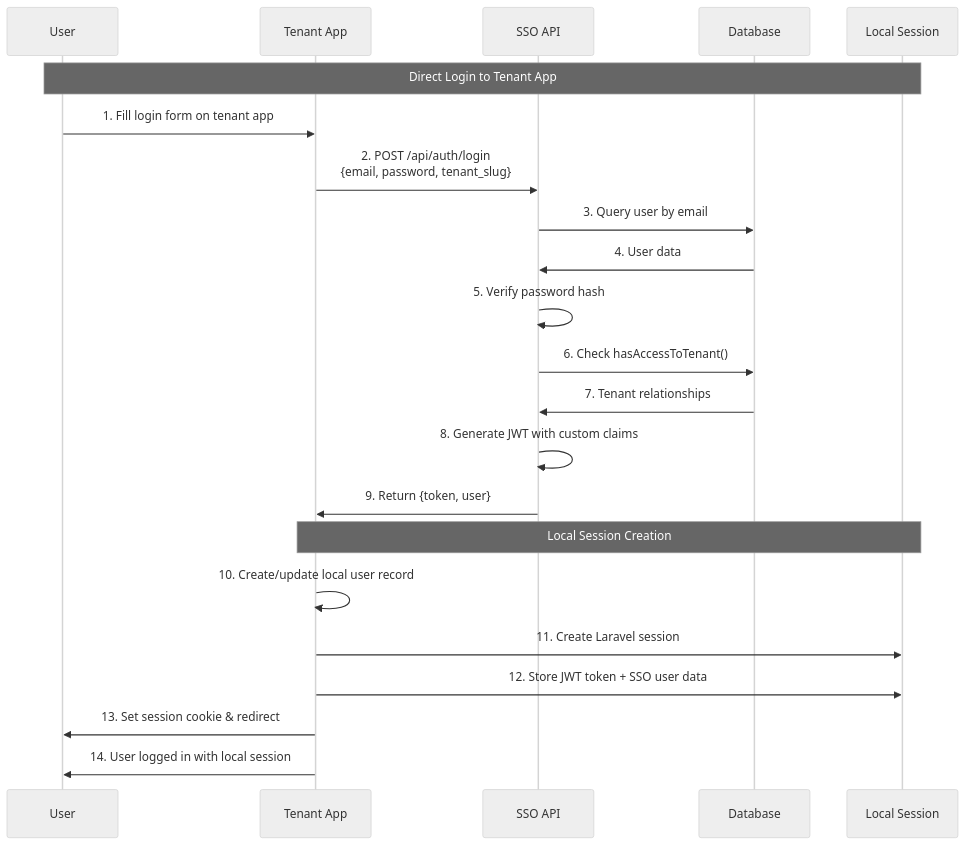
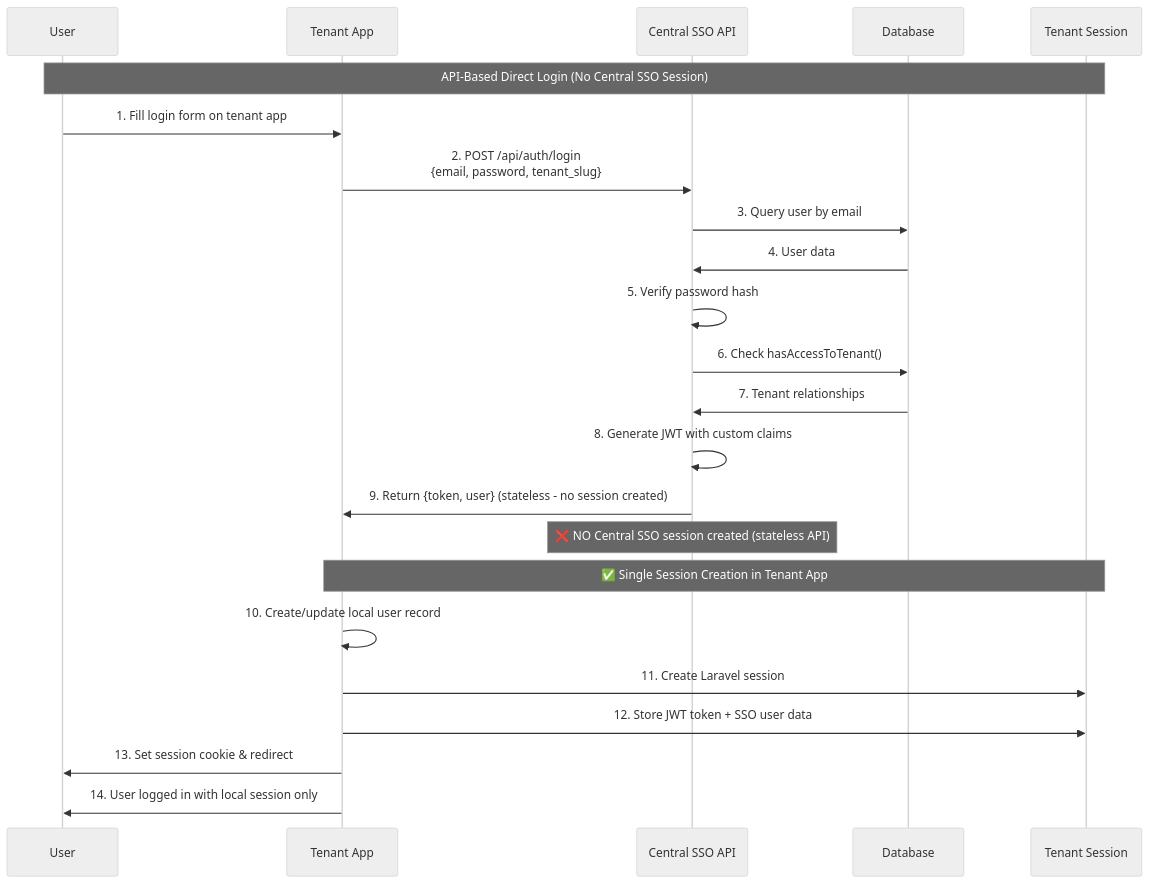
The second of 3 diagrams in docs/architecture/authentication.md (hi-dil/SSO-POC), drawn with Mermaid (neutral theme) before and after one commit. The commit also changed other lines of this file, not shown here.

````diff
--- a/docs/architecture/authentication.md
+++ b/docs/architecture/authentication.md
@@ -99,26 +105,27 @@
 ```mermaid
 sequenceDiagram
     participant U as User
     participant T as Tenant App
-    participant API as SSO API
+    participant API as Central SSO API
     participant DB as Database
-    participant S as Local Session
+    participant S as Tenant Session
     
-    Note over U,S: Direct Login to Tenant App
+    Note over U,S: API-Based Direct Login (No Central SSO Session)
     U->>T: 1. Fill login form on tenant app
     T->>API: 2. POST /api/auth/login<br/>{email, password, tenant_slug}
     API->>DB: 3. Query user by email
     DB->>API: 4. User data
     API->>API: 5. Verify password hash
     API->>DB: 6. Check hasAccessToTenant()
     DB->>API: 7. Tenant relationships
     API->>API: 8. Generate JWT with custom claims
-    API->>T: 9. Return {token, user}
+    API->>T: 9. Return {token, user} (stateless - no session created)
     
-    Note over T,S: Local Session Creation
+    Note over API: ❌ NO Central SSO session created (stateless API)
+    Note over T,S: ✅ Single Session Creation in Tenant App
     T->>T: 10. Create/update local user record
     T->>S: 11. Create Laravel session
     T->>S: 12. Store JWT token + SSO user data
     T->>U: 13. Set session cookie & redirect
-    T->>U: 14. User logged in with local session
+    T->>U: 14. User logged in with local session only
 ```
````
